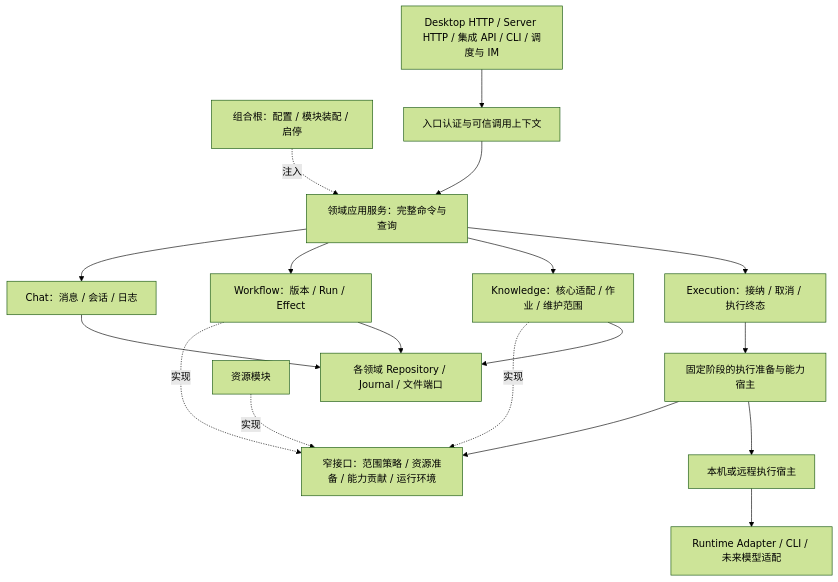
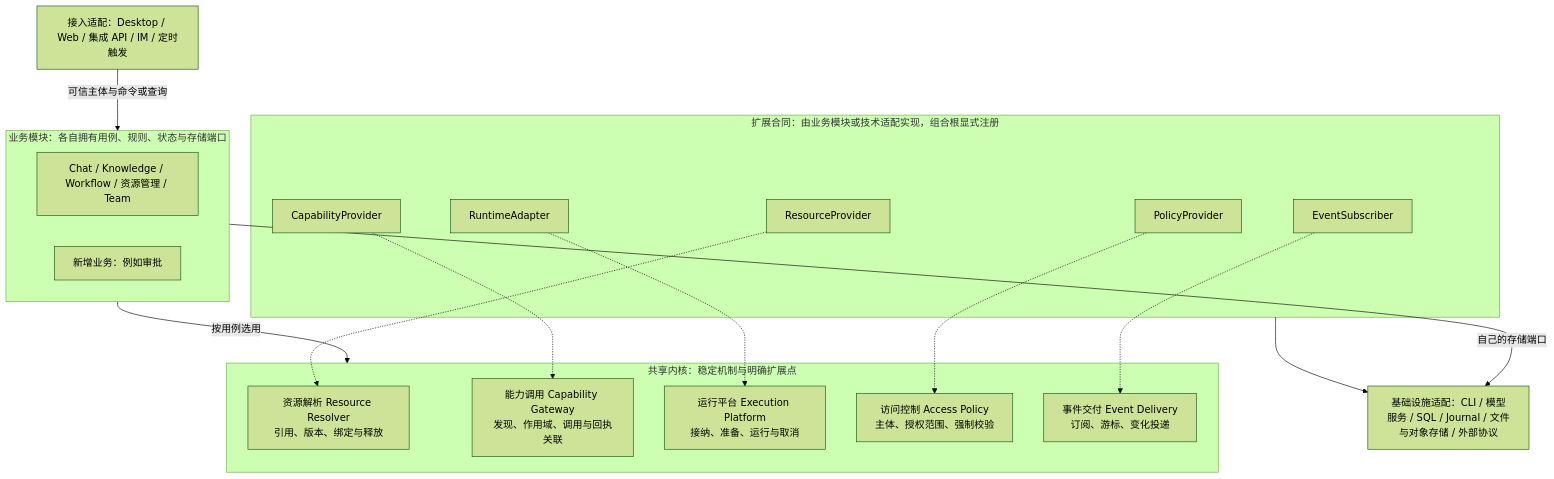
The second of 4 diagrams in docs/discussions/backend-modularity-and-paas-cn.md (JieWaZi/NeuxBot), drawn with Mermaid (forest theme) before and after one commit. The commit also changed other lines of this file and 213 other files, not shown here.

````diff
--- a/docs/discussions/backend-modularity-and-paas-cn.md
+++ b/docs/discussions/backend-modularity-and-paas-cn.md
@@ -158,20 +180,32 @@
 ```mermaid
-flowchart TD
-  ROOT[组合根：配置 / 模块装配 / 启停] -.注入.-> APP
-  ENTRY[Desktop HTTP / Server HTTP / 集成 API / CLI / 调度与 IM] --> AUTH[入口认证与可信调用上下文]
-  AUTH --> APP[领域应用服务：完整命令与查询]
-  APP --> CHAT[Chat：消息 / 会话 / 日志]
-  APP --> FLOW[Workflow：版本 / Run / Effect]
-  APP --> KNOW[Knowledge：核心适配 / 作业 / 维护范围]
-  APP --> EXEC[Execution：接纳 / 取消 / 执行终态]
-  EXEC --> PREP[固定阶段的执行准备与能力宿主]
-  PREP --> PORT[窄接口：范围策略 / 资源准备 / 能力贡献 / 运行环境]
-  RESOURCE[资源模块] -.实现.-> PORT
-  KNOW -.实现.-> PORT
-  FLOW -.实现.-> PORT
-  PREP --> HOST[本机或远程执行宿主]
-  HOST --> RT[Runtime Adapter / CLI / 未来模型适配]
-  CHAT --> STORE[各领域 Repository / Journal / 文件端口]
-  FLOW --> STORE
-  KNOW --> STORE
+flowchart TB
+  IN[接入适配：Desktop / Web / 集成 API / IM / 定时触发]
+  subgraph BIZ[业务模块：各自拥有用例、规则、状态与存储端口]
+    EXIST[Chat / Knowledge / Workflow / 资源管理 / Team]
+    NEW[新增业务：例如审批]
+  end
+  subgraph CORE[共享内核：稳定机制与明确扩展点]
+    RES[资源解析 Resource Resolver\n引用、版本、绑定与释放]
+    CAP[能力调用 Capability Gateway\n发现、作用域、调用与回执关联]
+    RUN[运行平台 Execution Platform\n接纳、准备、运行与取消]
+    POL[访问控制 Access Policy\n主体、授权范围、强制校验]
+    EVT[事件交付 Event Delivery\n订阅、游标、变化投递]
+  end
+  subgraph EXT[扩展合同：由业务模块或技术适配实现，组合根显式注册]
+    RP[ResourceProvider]
+    CP[CapabilityProvider]
+    RA[RuntimeAdapter]
+    PP[PolicyProvider]
+    EP[EventSubscriber]
+  end
+  INF[基础设施适配：CLI / 模型服务 / SQL / Journal / 文件与对象存储 / 外部协议]
+  IN -->|可信主体与命令或查询| BIZ
+  BIZ -->|按用例选用| CORE
+  RP -.-> RES
+  CP -.-> CAP
+  RA -.-> RUN
+  PP -.-> POL
+  EP -.-> EVT
+  EXT --> INF
+  BIZ -->|自己的存储端口| INF
 ```
````
